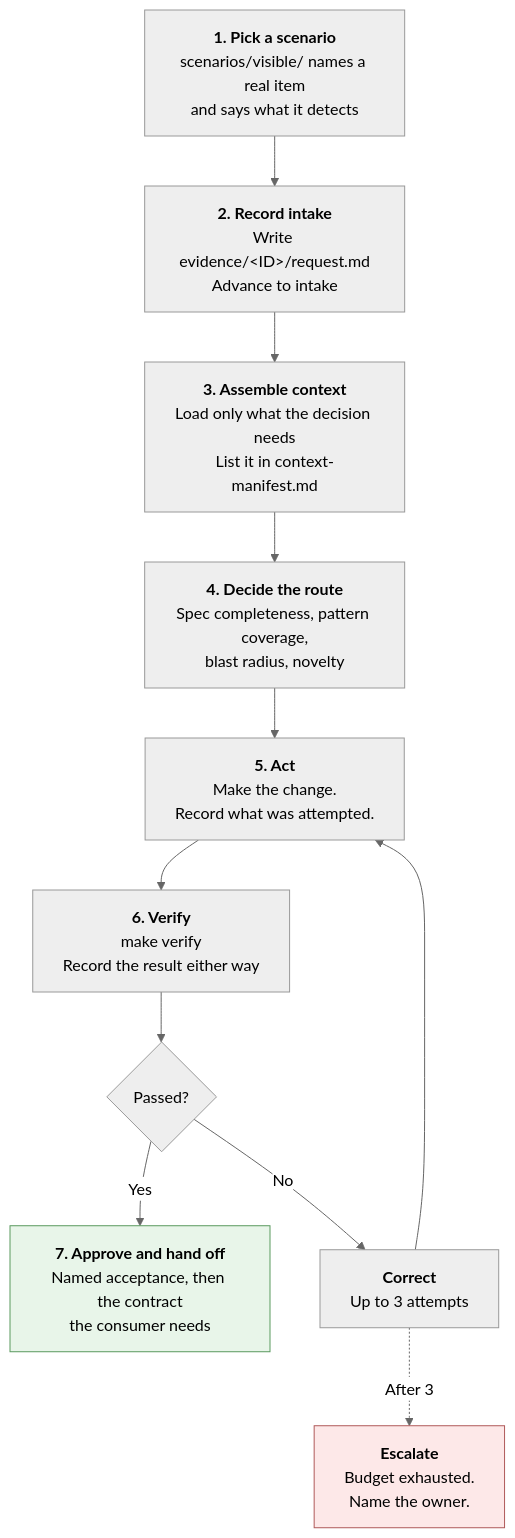
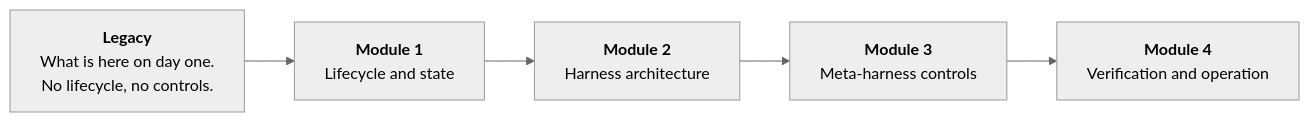
The second of 2 diagrams in STUDENT-GUIDE.md (techindicium/portwell-knowledge), drawn with Mermaid (neutral theme) before and after one commit. The commit also changed other lines of this file, not shown here.

````diff
--- a/STUDENT-GUIDE.md
+++ b/STUDENT-GUIDE.md
@@ -223,21 +190,9 @@
 ```mermaid
-flowchart TB
-  A["<b>1. Pick a scenario</b><br/>scenarios/visible/ names a real item<br/>and says what it detects"]
-  B["<b>2. Record intake</b><br/>Write evidence/&lt;ID&gt;/request.md<br/>Advance to intake"]
-  C["<b>3. Assemble context</b><br/>Load only what the decision needs<br/>List it in context-manifest.md"]
-  D["<b>4. Decide the route</b><br/>Spec completeness, pattern coverage,<br/>blast radius, novelty"]
-  E["<b>5. Act</b><br/>Make the change.<br/>Record what was attempted."]
-  F["<b>6. Verify</b><br/>make verify<br/>Record the result either way"]
-  G{"Passed?"}
-  H["<b>7. Approve and hand off</b><br/>Named acceptance, then the contract<br/>the consumer needs"]
-  I["<b>Correct</b><br/>Up to 3 attempts"]
-  J["<b>Escalate</b><br/>Budget exhausted.<br/>Name the owner."]
-
-  A --> B --> C --> D --> E --> F --> G
-  G -->|"Yes"| H
-  G -->|"No"| I
-  I --> E
-  I -.->|"After 3"| J
-  style J fill:#fde8e8,stroke:#b05a5a
-  style H fill:#e8f5e9,stroke:#5a9a5f
+flowchart LR
+  L["<b>Legacy</b><br/>What is here on day one.<br/>No lifecycle, no controls."]
+  M1["<b>Module 1</b><br/>Lifecycle and state"]
+  M2["<b>Module 2</b><br/>Harness architecture"]
+  M3["<b>Module 3</b><br/>Meta-harness controls"]
+  M4["<b>Module 4</b><br/>Verification and operation"]
+  L --> M1 --> M2 --> M3 --> M4
 ```
````
